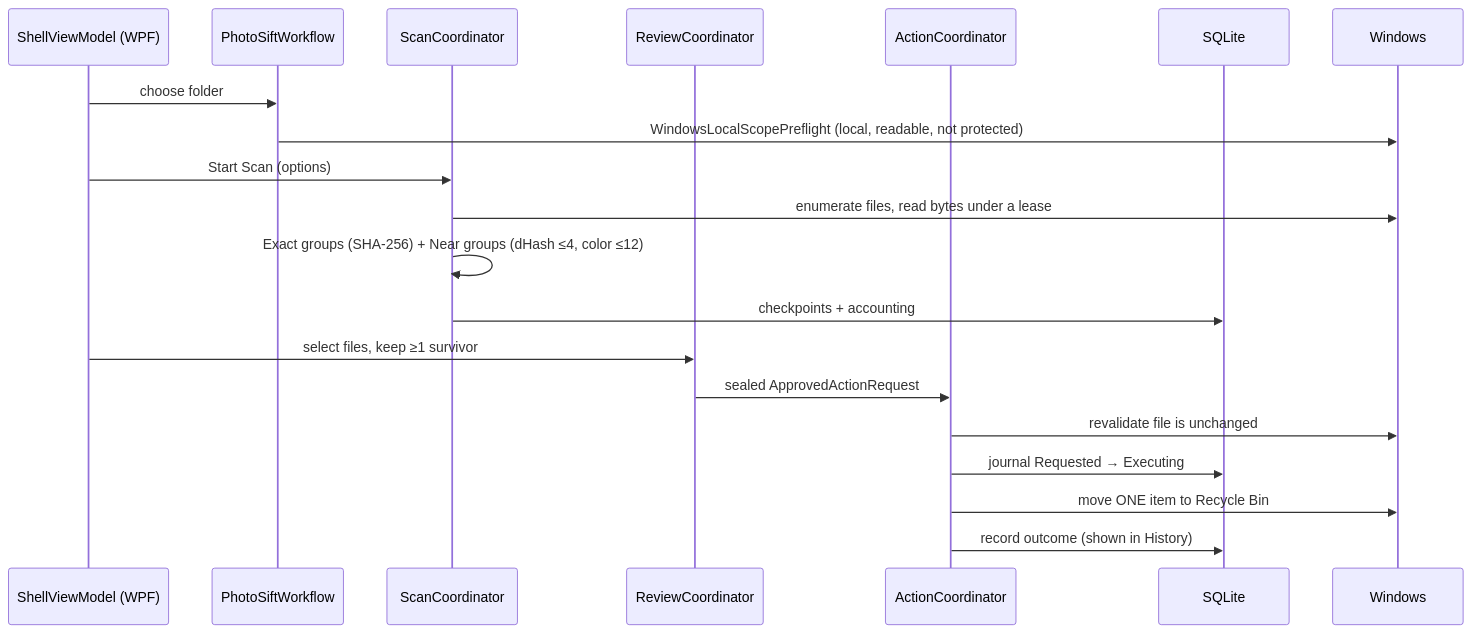
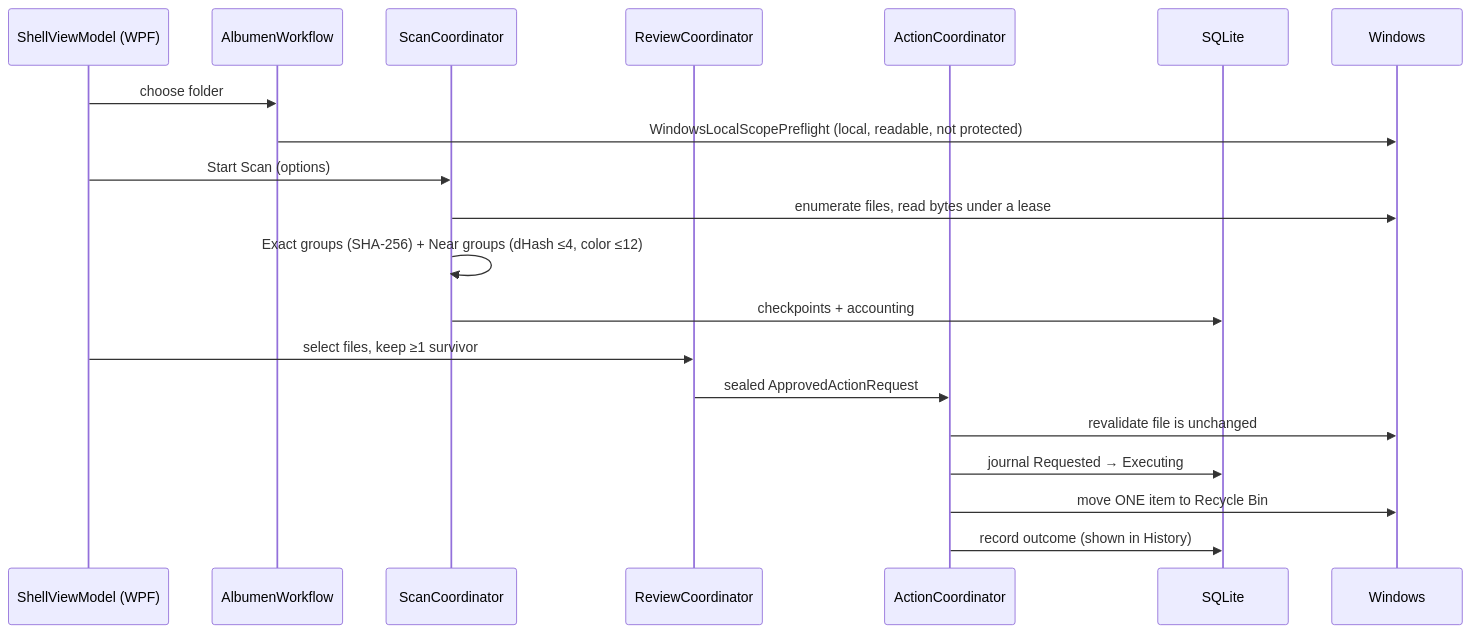
One commit to IgalFridman-dev/Albumen changed the second of 2 diagrams in docs/HOW-IT-WORKS.md. Above: the diagram before and after it, drawn with Mermaid. The commit also changed other lines of this file and 707 other files, not shown here.

First line of the commit message:
refactor: rename the app from PhotoSift to Albumen

````diff
--- a/docs/HOW-IT-WORKS.md
+++ b/docs/HOW-IT-WORKS.md
@@ -43,22 +43,22 @@
 ```mermaid
 sequenceDiagram
   participant UI as ShellViewModel (WPF)
-  participant WF as PhotoSiftWorkflow
+  participant WF as AlbumenWorkflow
   participant Scan as ScanCoordinator
   participant Rev as ReviewCoordinator
   participant Act as ActionCoordinator
   participant DB as SQLite
   participant OS as Windows
   UI->>WF: choose folder
   WF->>OS: WindowsLocalScopePreflight (local, readable, not protected)
   UI->>Scan: Start Scan (options)
   Scan->>OS: enumerate files, read bytes under a lease
   Scan->>Scan: Exact groups (SHA-256) + Near groups (dHash ≤4, color ≤12)
   Scan->>DB: checkpoints + accounting
   UI->>Rev: select files, keep ≥1 survivor
   Rev->>Act: sealed ApprovedActionRequest
   Act->>OS: revalidate file is unchanged
   Act->>DB: journal Requested → Executing
   Act->>OS: move ONE item to Recycle Bin
   Act->>DB: record outcome (shown in History)
 ```
````
